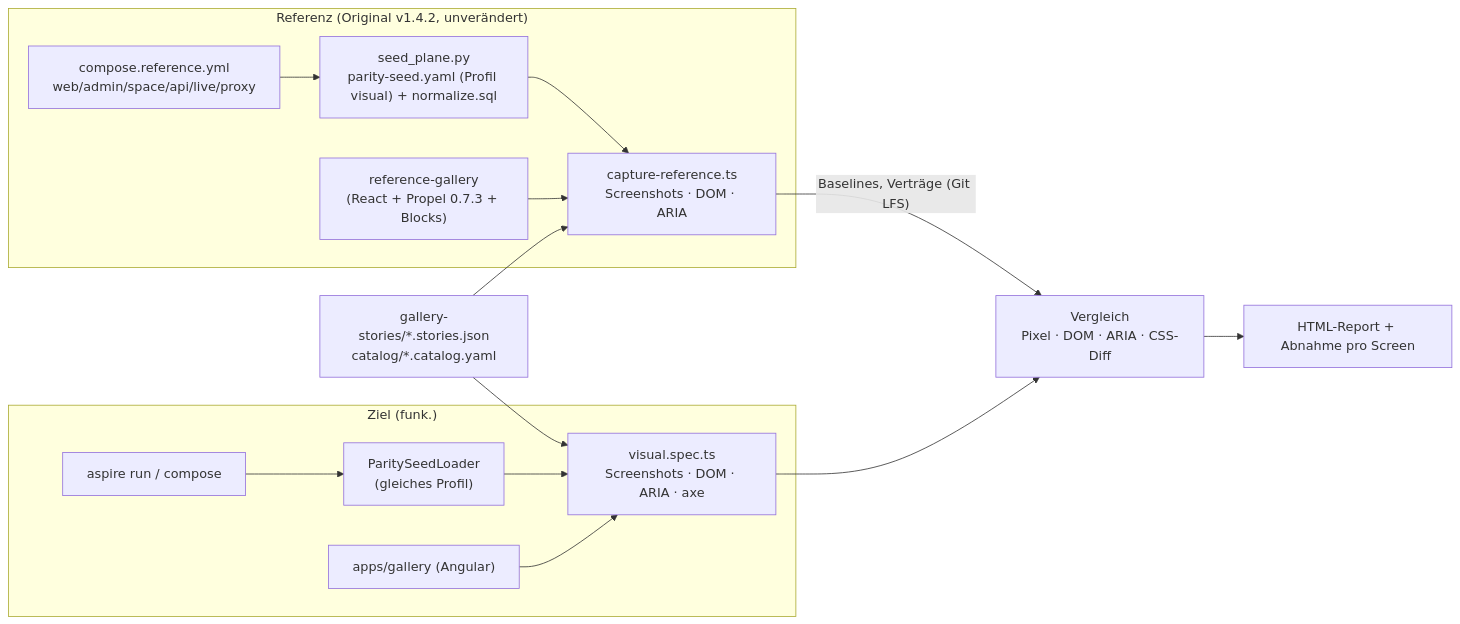
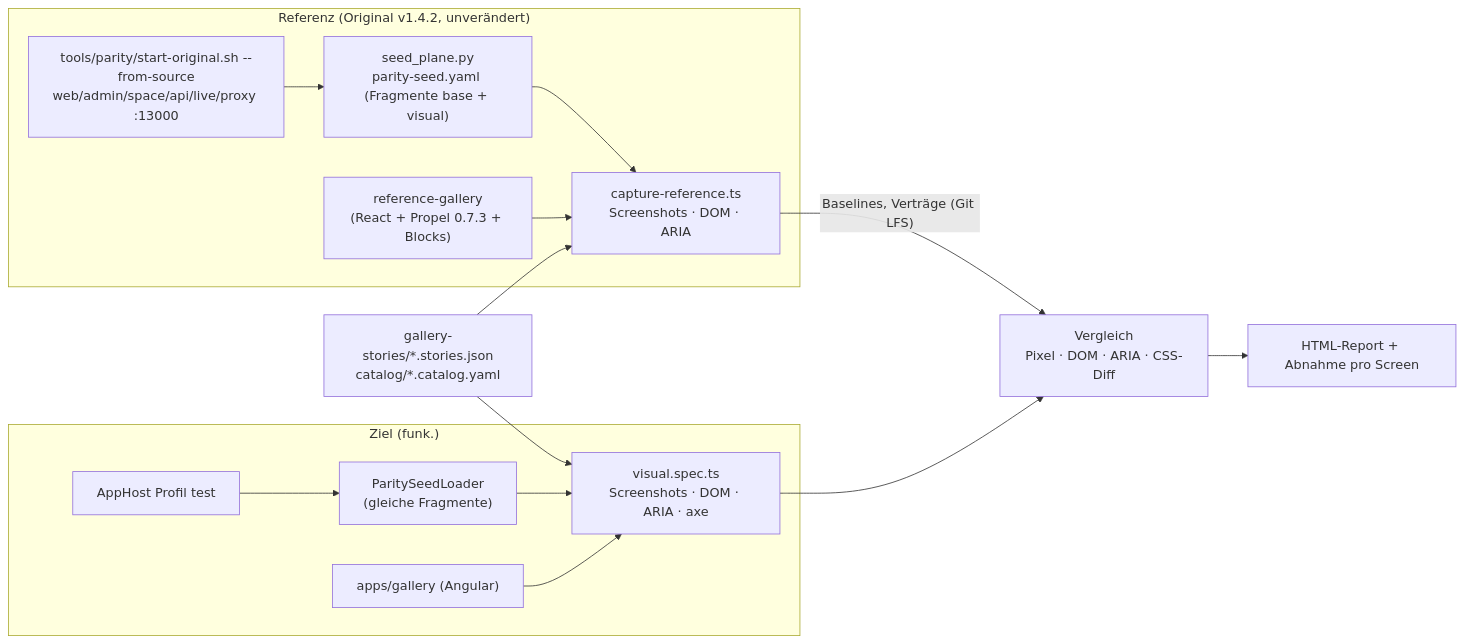
The diagram in migration/architecture/09-ui-paritaet-designsystem.md (mlwr/plane), drawn with Mermaid before and after one commit. The commit also changed other lines of this file and 2 other files, not shown here.

First line of the commit message:
docs(migration): complete and review 08 Angular architecture and 09 UI parity

````diff
--- a/migration/architecture/09-ui-paritaet-designsystem.md
+++ b/migration/architecture/09-ui-paritaet-designsystem.md
@@ -515,18 +523,18 @@
 ```mermaid
 flowchart LR
   subgraph REF["Referenz (Original v1.4.2, unverändert)"]
-    O1["compose.reference.yml<br/>web/admin/space/api/live/proxy"] --> O2["seed_plane.py<br/>parity-seed.yaml (Profil visual) + normalize.sql"]
+    O1["tools/parity/start-original.sh --from-source<br/>web/admin/space/api/live/proxy :13000"] --> O2["seed_plane.py<br/>parity-seed.yaml (Fragmente base + visual)"]
     O2 --> O3["capture-reference.ts<br/>Screenshots · DOM · ARIA"]
     G1["reference-gallery<br/>(React + Propel 0.7.3 + Blocks)"] --> O3
   end
   subgraph TGT["Ziel (funk.)"]
-    T1["aspire run / compose"] --> T2["ParitySeedLoader<br/>(gleiches Profil)"]
+    T1["AppHost Profil test"] --> T2["ParitySeedLoader<br/>(gleiche Fragmente)"]
     T2 --> T3["visual.spec.ts<br/>Screenshots · DOM · ARIA · axe"]
     G2["apps/gallery (Angular)"] --> T3
   end
   S["gallery-stories/*.stories.json<br/>catalog/*.catalog.yaml"] --> O3
   S --> T3
   O3 -->|"Baselines, Verträge (Git LFS)"| C["Vergleich<br/>Pixel · DOM · ARIA · CSS-Diff"]
   T3 --> C
   C --> R["HTML-Report + Abnahme pro Screen"]
 ```
````
